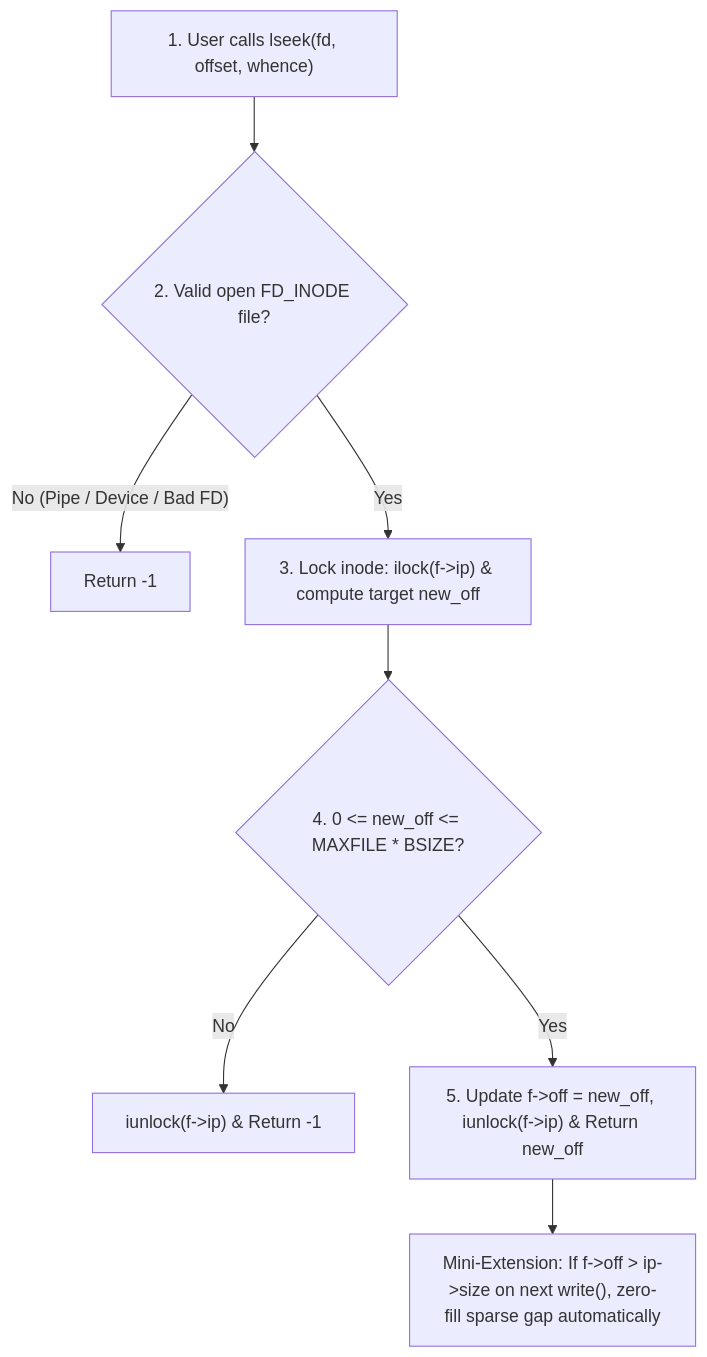
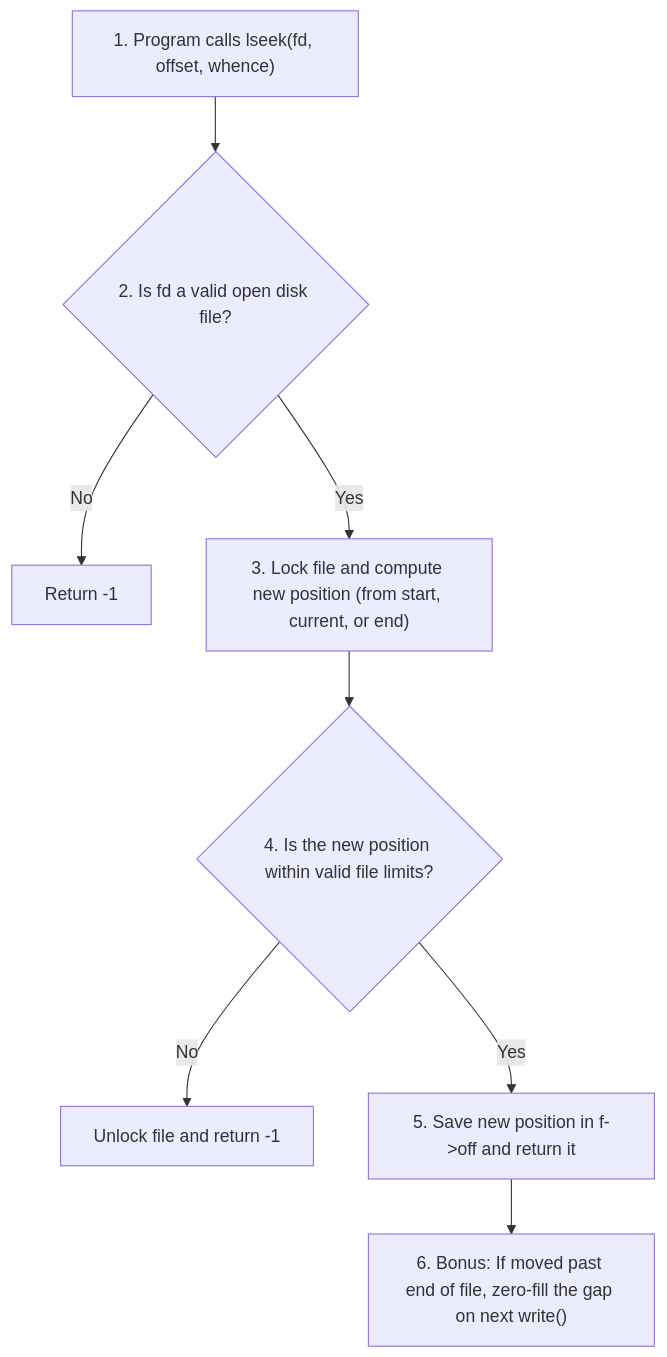
Before and after one commit to asbahkhan67-ctrl/xv6-riscv: diagram 17 of 21 in README.md, drawn with Mermaid. The commit also changed other lines of this file and 42 other files, not shown here.

````diff
--- a/README.md
+++ b/README.md
@@ -1024,10 +1056,10 @@
 ```mermaid
 flowchart TD
-    U["1. User calls lseek(fd, offset, whence)"] --> V{"2. Valid open FD_INODE file?"}
-    V -- "No (Pipe / Device / Bad FD)" --> E1["Return -1"]
-    V -- "Yes" --> L["3. Lock inode: ilock(f->ip) & compute target new_off"]
-    L --> B{"4. 0 <= new_off <= MAXFILE * BSIZE?"}
-    B -- "No" --> E2["iunlock(f->ip) & Return -1"]
-    B -- "Yes" --> OK["5. Update f->off = new_off, iunlock(f->ip) & Return new_off"]
-    OK --> SP["Mini-Extension: If f->off > ip->size on next write(), zero-fill sparse gap automatically"]
+    A["1. Program calls lseek(fd, offset, whence)"] --> B{"2. Is fd a valid open disk file?"}
+    B -- "No" --> ERR1["Return -1"]
+    B -- "Yes" --> C["3. Lock file and compute new position (from start, current, or end)"]
+    C --> D{"4. Is the new position within valid file limits?"}
+    D -- "No" --> ERR2["Unlock file and return -1"]
+    D -- "Yes" --> E["5. Save new position in f->off and return it"]
+    E --> F["6. Bonus: If moved past end of file, zero-fill the gap on next write()"]
 ```
````
